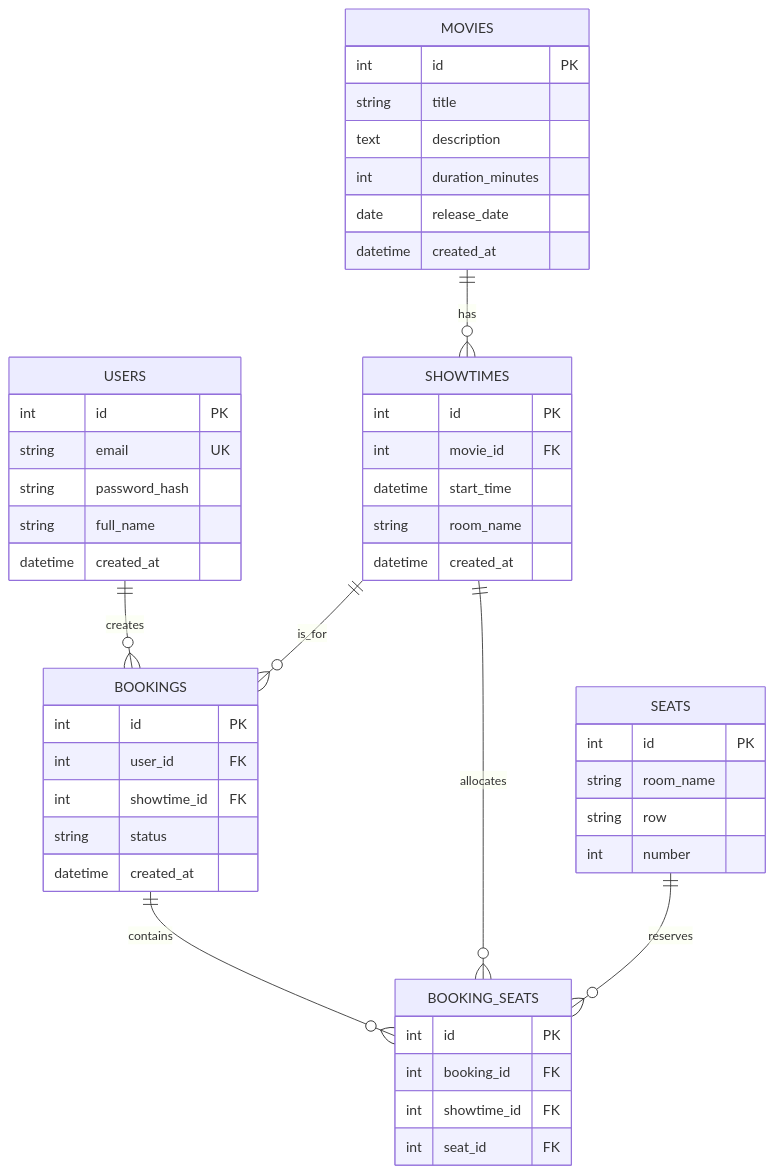
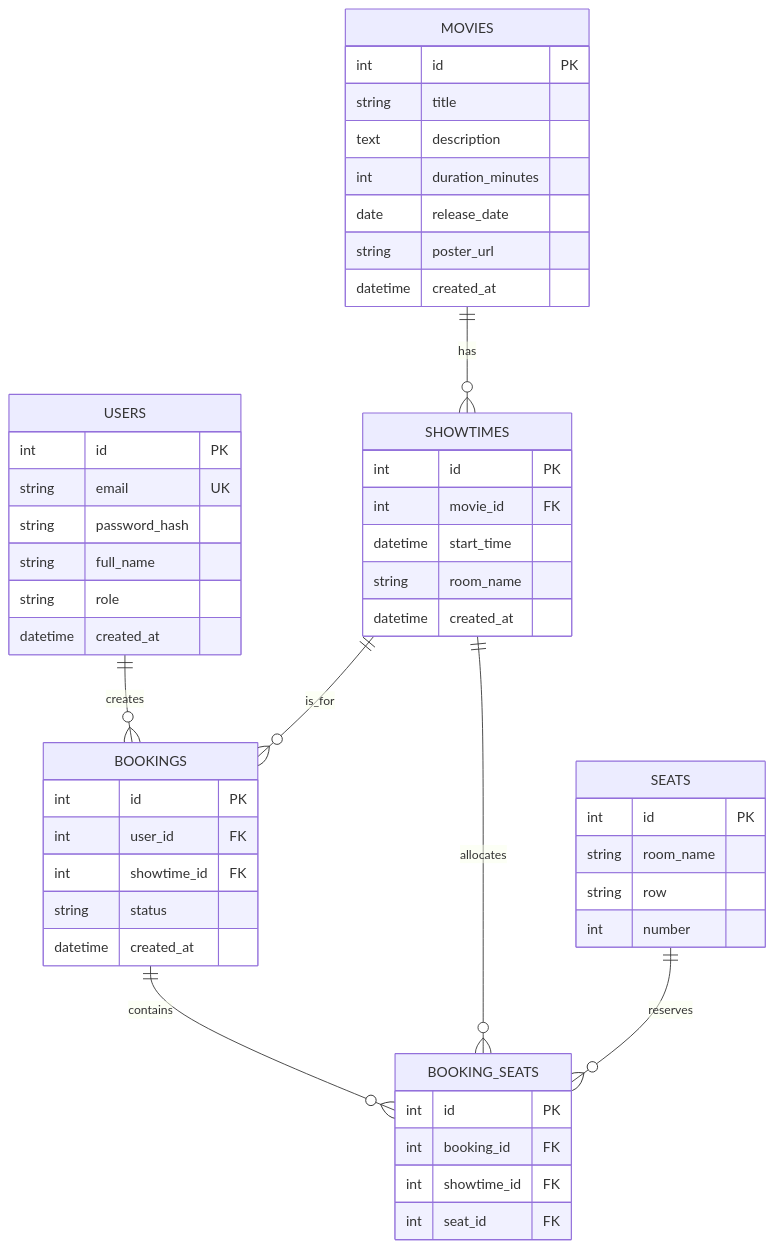
The diagram in docs/database.md (NhHung07/cinema-booking-system), drawn with Mermaid before and after one commit. The commit also changed other lines of this file and 63 other files, not shown here.

````diff
--- a/docs/database.md
+++ b/docs/database.md
@@ -5,51 +5,53 @@
 ```mermaid
 erDiagram
     USERS ||--o{ BOOKINGS : creates
     MOVIES ||--o{ SHOWTIMES : has
     SHOWTIMES ||--o{ BOOKINGS : is_for
     BOOKINGS ||--o{ BOOKING_SEATS : contains
     SHOWTIMES ||--o{ BOOKING_SEATS : allocates
     SEATS ||--o{ BOOKING_SEATS : reserves
 
     USERS {
         int id PK
         string email UK
         string password_hash
         string full_name
+        string role
         datetime created_at
     }
     MOVIES {
         int id PK
         string title
         text description
         int duration_minutes
         date release_date
+        string poster_url
         datetime created_at
     }
     SHOWTIMES {
         int id PK
         int movie_id FK
         datetime start_time
         string room_name
         datetime created_at
     }
     SEATS {
         int id PK
         string room_name
         string row
         int number
     }
     BOOKINGS {
         int id PK
         int user_id FK
         int showtime_id FK
         string status
         datetime created_at
     }
     BOOKING_SEATS {
         int id PK
         int booking_id FK
         int showtime_id FK
         int seat_id FK
     }
 ```
````
